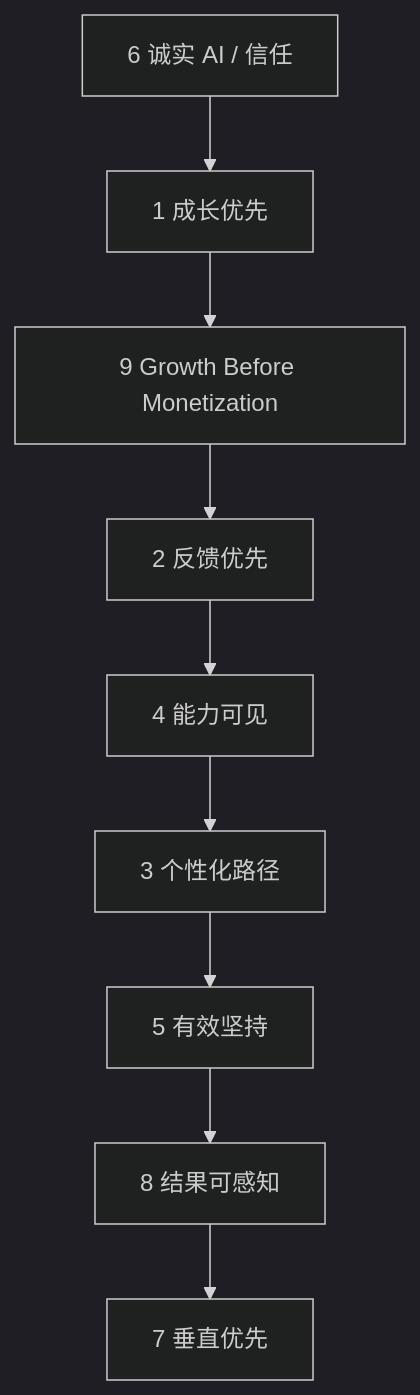
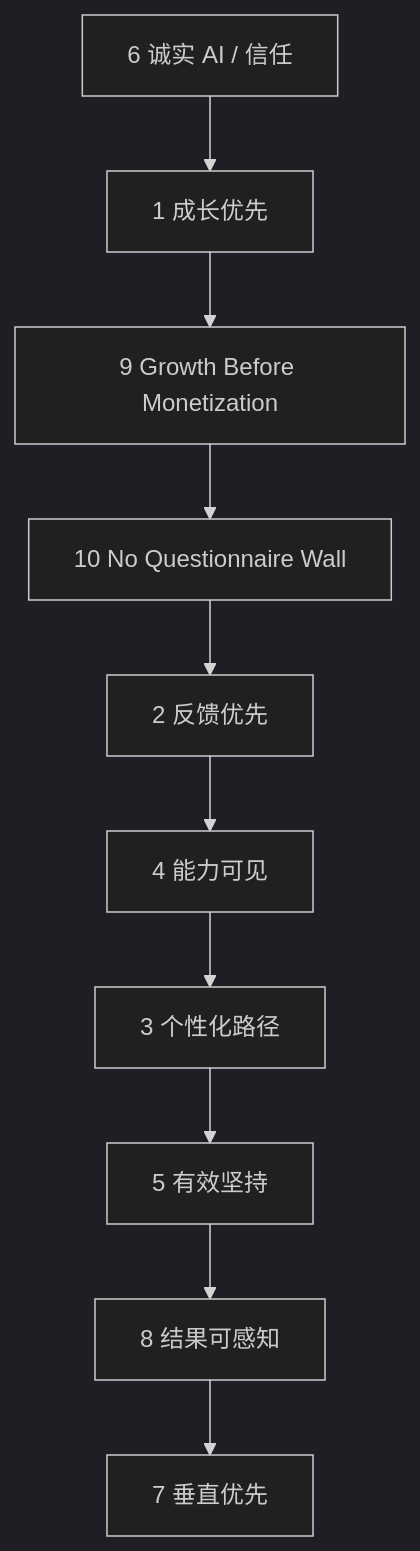
One commit to LeapMaCoder/ai-engineer-os changed the second of 2 diagrams in docs/01_Vision/Product_Principles.md. Above: the diagram before and after it, drawn with Mermaid (dark theme). The commit also changed other lines of this file and 35 other files, not shown here.

````diff
--- a/docs/01_Vision/Product_Principles.md
+++ b/docs/01_Vision/Product_Principles.md
@@ -180,11 +211,12 @@
 ```mermaid
 flowchart TD
   P6[6 诚实 AI / 信任] --> P1[1 成长优先]
   P1 --> P9[9 Growth Before Monetization]
-  P9 --> P2[2 反馈优先]
+  P9 --> P10[10 No Questionnaire Wall]
+  P10 --> P2[2 反馈优先]
   P2 --> P4[4 能力可见]
   P4 --> P3[3 个性化路径]
   P3 --> P5[5 有效坚持]
   P5 --> P8[8 结果可感知]
   P8 --> P7[7 垂直优先]
 ```
````
